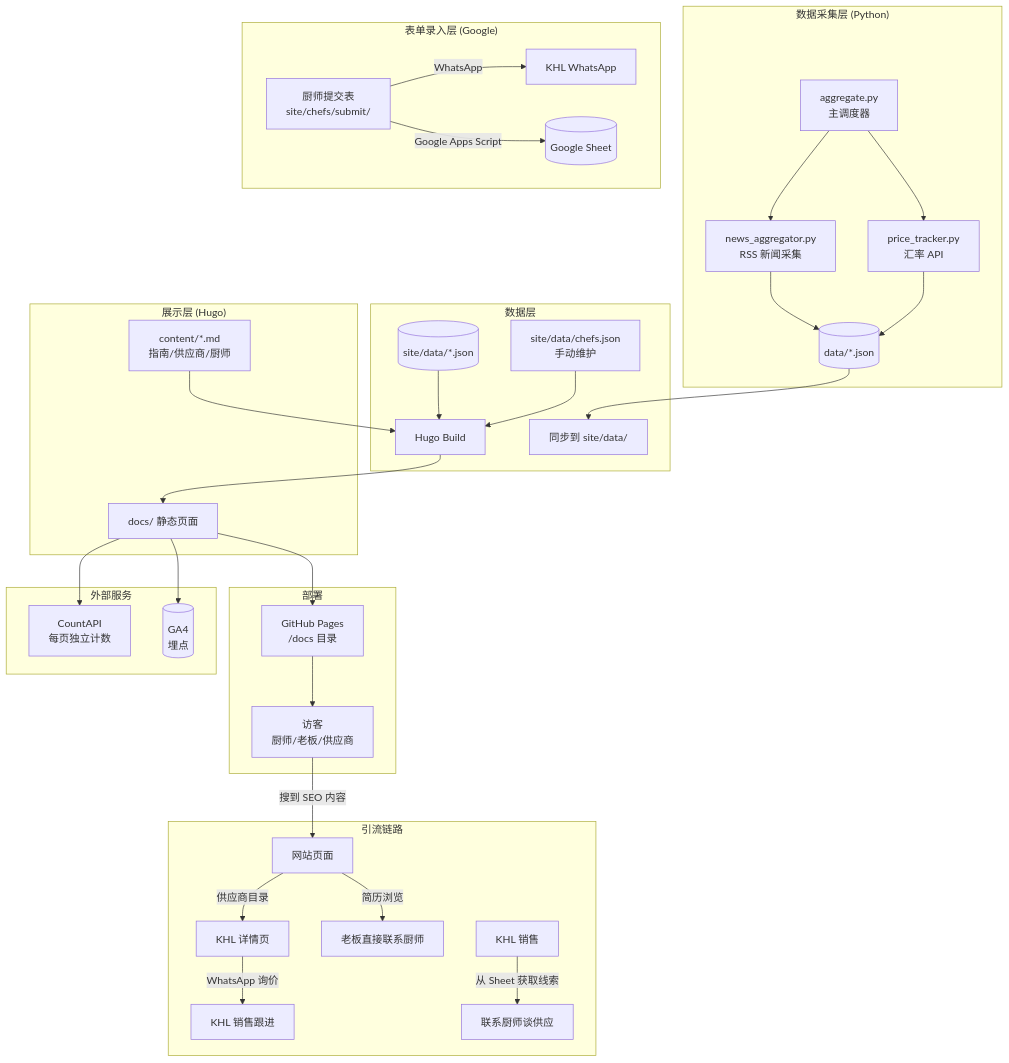
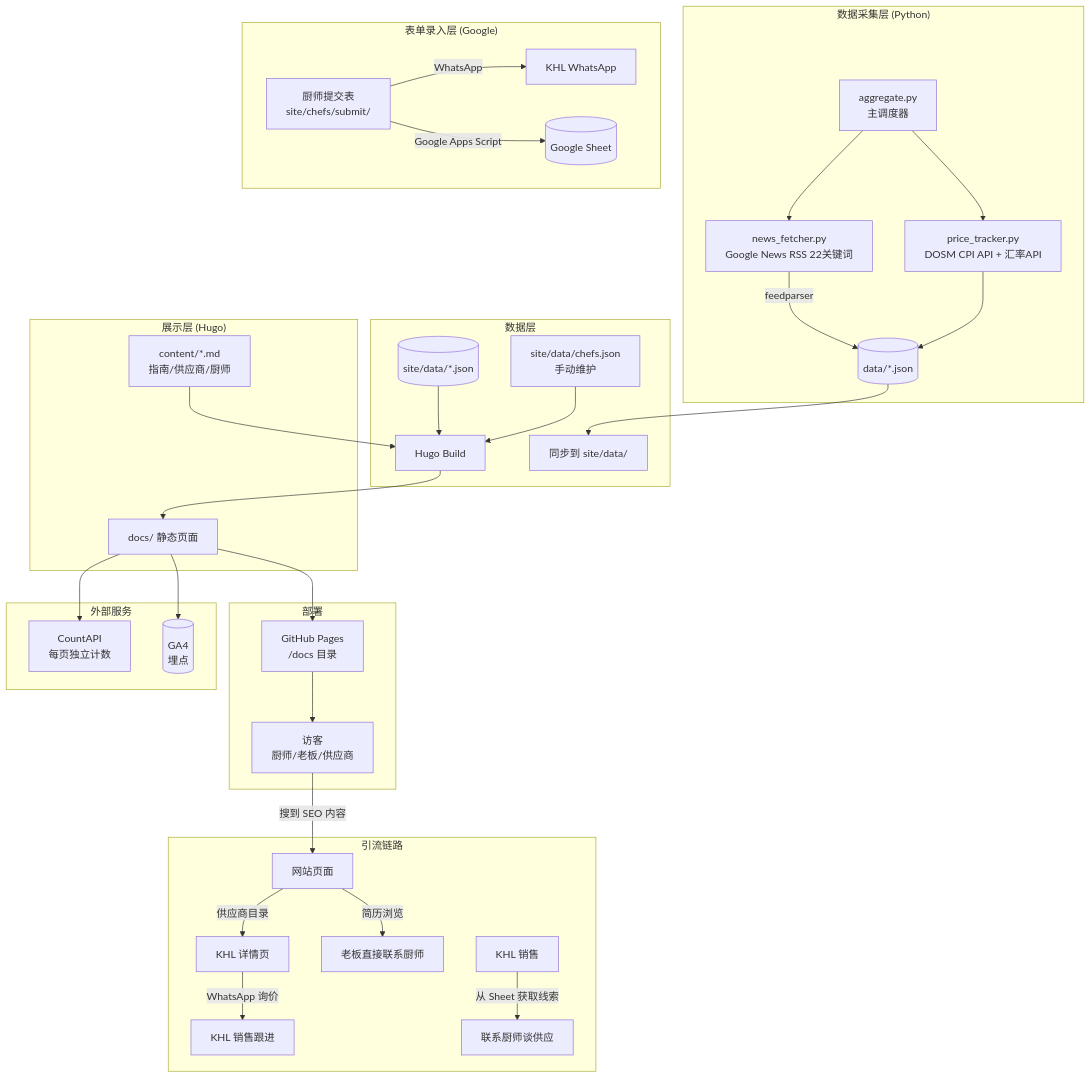
One commit to reinocheong/jbkitchen changed the diagram in ARCHITECTURE.md. Above: the diagram before and after it, drawn with Mermaid. The commit also changed other lines of this file and 6 other files, not shown here.

````diff
--- a/ARCHITECTURE.md
+++ b/ARCHITECTURE.md
@@ -8,43 +8,43 @@
 ```mermaid
 graph TD
     subgraph "数据采集层 (Python)"
-        NA[news_aggregator.py<br/>RSS 新闻采集] --> DATA[(data/*.json)]
-        PT[price_tracker.py<br/>汇率 API] --> DATA
-        AG[aggregate.py<br/>主调度器] --> NA
+        NF[news_fetcher.py<br/>Google News RSS 22关键词] -->|feedparser| DATA[(data/*.json)]
+        PT[price_tracker.py<br/>DOSM CPI API + 汇率API] --> DATA
+        AG[aggregate.py<br/>主调度器] --> NF
         AG --> PT
     end
 
     subgraph "表单录入层 (Google)"
         FORM[厨师提交表<br/>site/chefs/submit/] -->|WhatsApp| KHL_PHONE[KHL WhatsApp]
         FORM -->|Google Apps Script| SHEET[(Google Sheet)]
     end
 
     subgraph "数据层"
         DATA --> SYNC[同步到 site/data/]
         SITE_DATA[(site/data/*.json)] --> HUGO
         CHEFS_JSON[site/data/chefs.json<br/>手动维护] --> HUGO
     end
 
     subgraph "展示层 (Hugo)"
         MD[content/*.md<br/>指南/供应商/厨师] --> HUGO
         HUGO[Hugo Build] --> HTML[docs/ 静态页面]
     end
 
     subgraph "外部服务"
         HTML --> CI[CountAPI<br/>每页独立计数]
         HTML --> GA[(GA4<br/>埋点)]
     end
 
     subgraph "部署"
         HTML --> GH[GitHub Pages<br/>/docs 目录]
         GH --> USER[访客<br/>厨师/老板/供应商]
     end
 
     subgraph "引流链路"
         USER -->|搜到 SEO 内容| SITE[网站页面]
         SITE -->|供应商目录| KHL[KHL 详情页]
         KHL -->|WhatsApp 询价| LEAD[KHL 销售跟进]
         SITE -->|简历浏览| CONTACT[老板直接联系厨师]
         LEAD_SALES[KHL 销售] -->|从 Sheet 获取线索| CONTACT_CHEF[联系厨师谈供应]
     end
 ```
````
